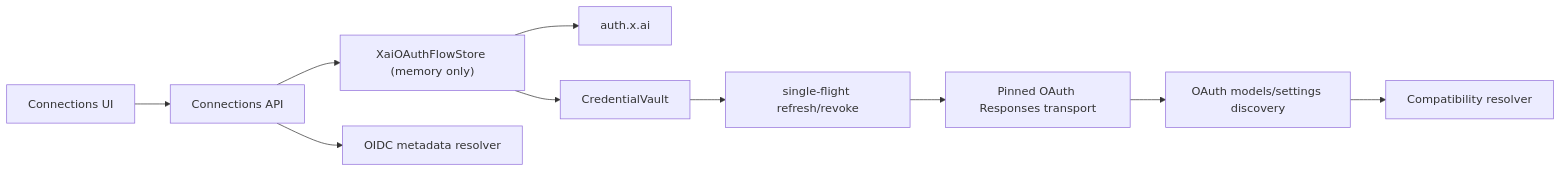
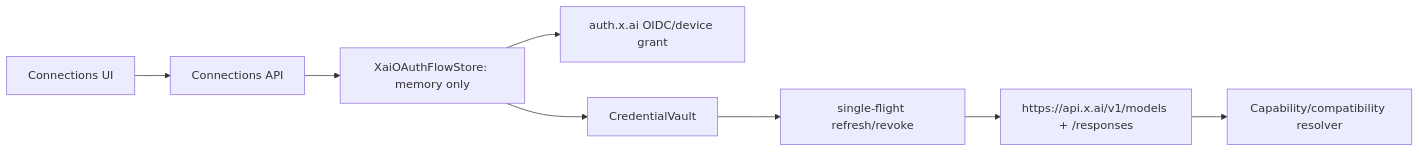
The diagram in docs/superpowers/plans/2026-08-10-xai-independent-oauth.md (OkamiOps/okami-sentinel), drawn with Mermaid before and after one commit. The commit also changed other lines of this file and 1 other file, not shown here.

Commit message:
docs: unblock xai device oauth

````diff
--- a/docs/superpowers/plans/2026-08-10-xai-independent-oauth.md
+++ b/docs/superpowers/plans/2026-08-10-xai-independent-oauth.md
@@ -17,12 +31,10 @@
 ```mermaid
 flowchart LR
   UI["Connections UI"] --> API["Connections API"]
-  API --> FLOW["XaiOAuthFlowStore (memory only)"]
-  API --> META["OIDC metadata resolver"]
-  FLOW --> AUTH["auth.x.ai"]
+  API --> FLOW["XaiOAuthFlowStore: memory only"]
+  FLOW --> AUTH["auth.x.ai OIDC/device grant"]
   FLOW --> VAULT["CredentialVault"]
   VAULT --> REFRESH["single-flight refresh/revoke"]
-  REFRESH --> TRANSPORT["Pinned OAuth Responses transport"]
-  TRANSPORT --> MODELS["OAuth models/settings discovery"]
-  MODELS --> RESOLVER["Compatibility resolver"]
+  REFRESH --> XAI["https://api.x.ai/v1/models + /responses"]
+  XAI --> RESOLVER["Capability/compatibility resolver"]
 ```
````
